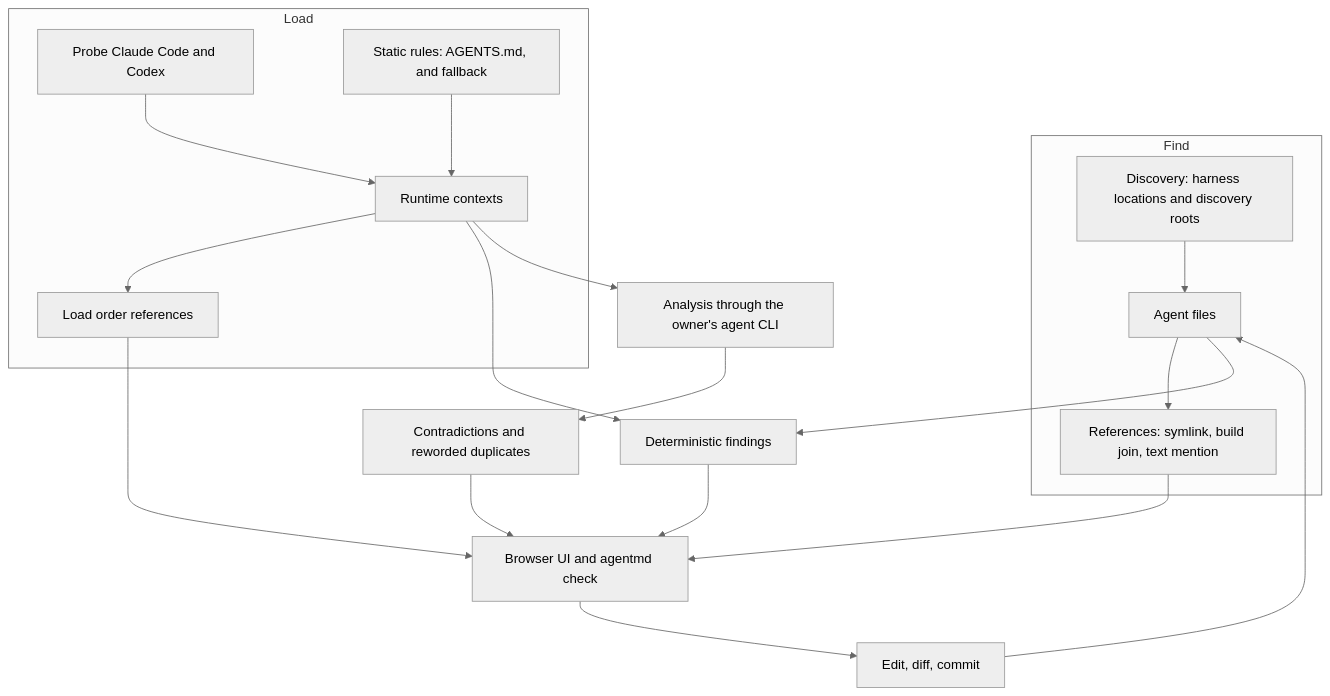
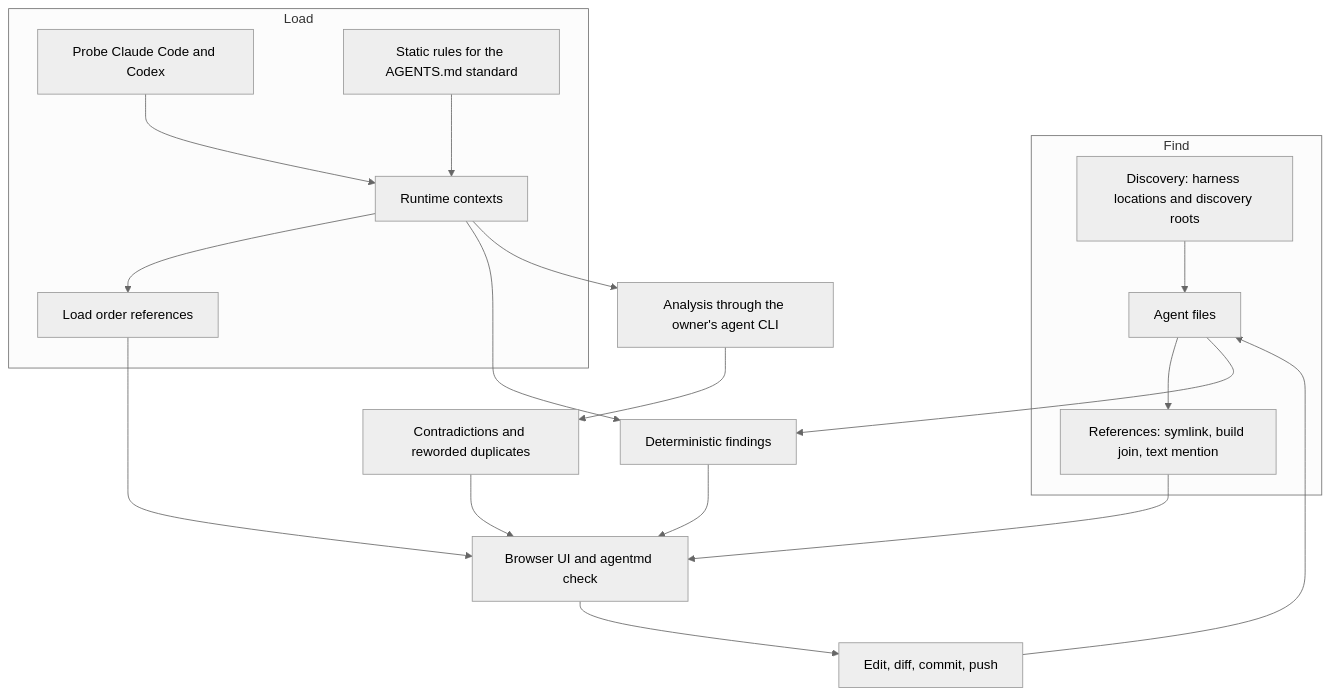
The first of 4 diagrams in docs/plans/2026-09-26-agentmd-v1.md (ViktorBarzin/agentmd), drawn with Mermaid (neutral theme) before and after one commit. The commit also changed other lines of this file and 12 other files, not shown here.

````diff
--- a/docs/plans/2026-09-26-agentmd-v1.md
+++ b/docs/plans/2026-09-26-agentmd-v1.md
@@ -45,22 +50,22 @@
 ```mermaid
 flowchart TD
   subgraph find[Find]
     D[Discovery: harness locations and discovery roots] --> F[Agent files]
     F --> R[References: symlink, build join, text mention]
   end
   subgraph load[Load]
     P[Probe Claude Code and Codex] --> C[Runtime contexts]
-    S[Static rules: AGENTS.md, and fallback] --> C
+    S[Static rules for the AGENTS.md standard] --> C
     C --> LO[Load order references]
   end
   F --> DF[Deterministic findings]
   C --> DF
   C --> A[Analysis through the owner's agent CLI]
   A --> LF[Contradictions and reworded duplicates]
   R --> UI
   LO --> UI
   DF --> UI
   LF --> UI
-  UI[Browser UI and agentmd check] --> E[Edit, diff, commit]
+  UI[Browser UI and agentmd check] --> E[Edit, diff, commit, push]
   E --> F
 ```
````
